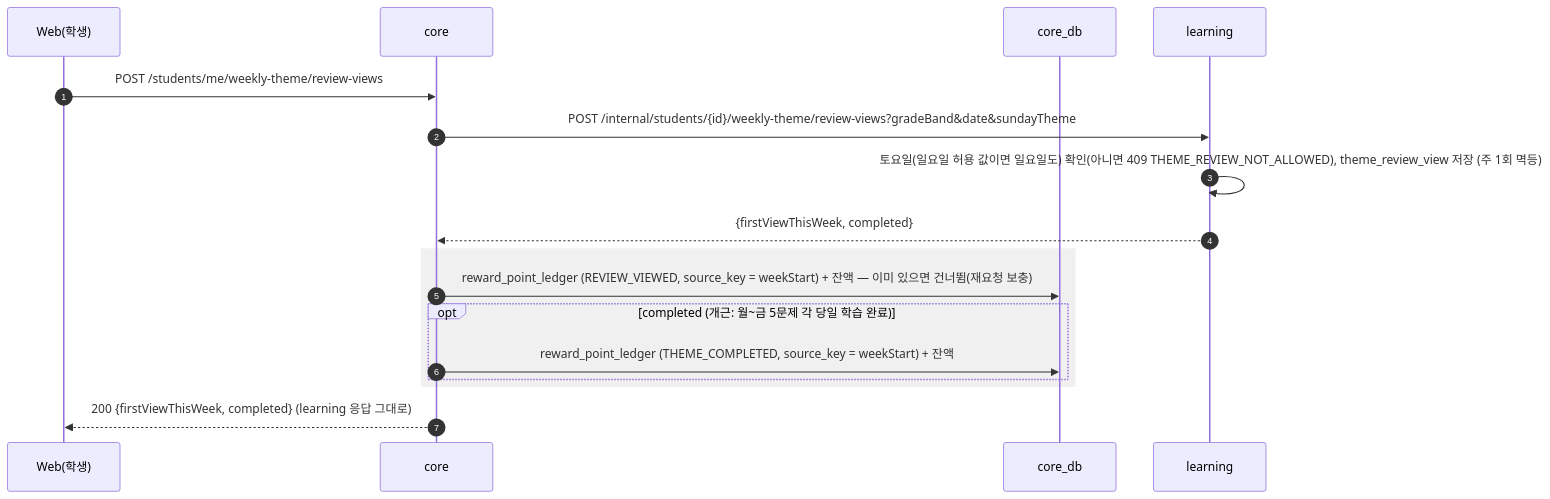
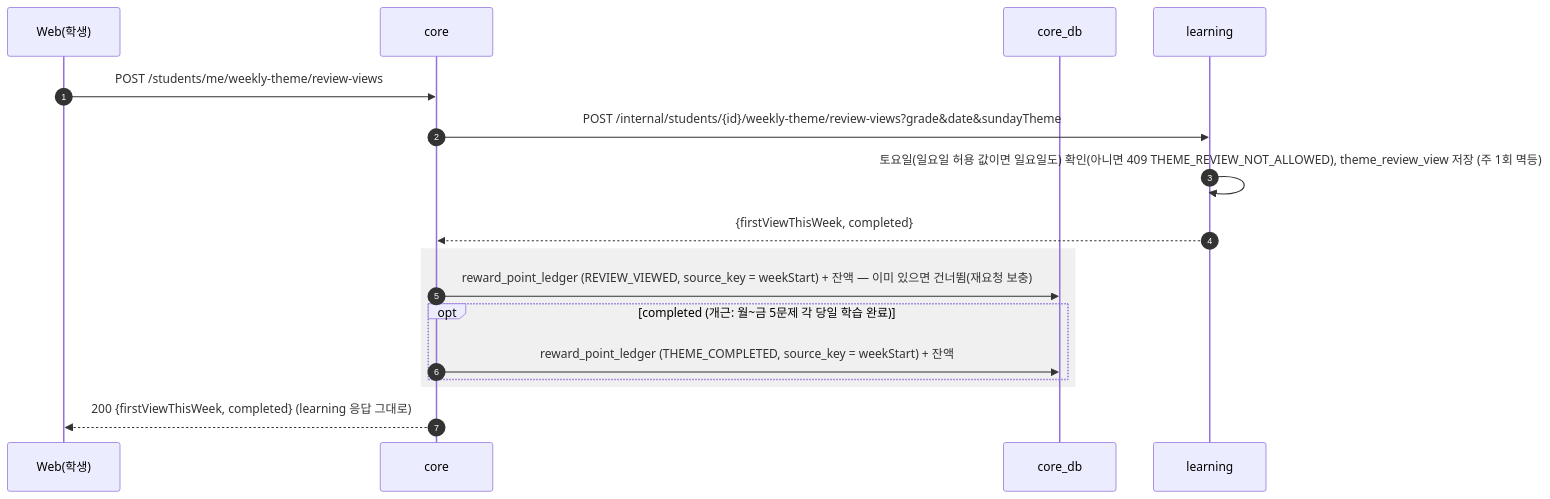
Diagram 19 of 38 in docs/design/sequence-diagram.md (SKNETWORKS-FAMILY-AICAMP/SKN34-FINAL-3TEAM), drawn with Mermaid before and after one commit. The commit also changed other lines of this file and 5 other files, not shown here.

````diff
--- a/docs/design/sequence-diagram.md
+++ b/docs/design/sequence-diagram.md
@@ -763,20 +765,20 @@
 ```mermaid
 sequenceDiagram
   autonumber
   participant W as Web(학생)
   participant C as core
   participant CDB as core_db
   participant L as learning
 
   W->>C: POST /students/me/weekly-theme/review-views
-  C->>L: POST /internal/students/{id}/weekly-theme/review-views?gradeBand&date&sundayTheme
+  C->>L: POST /internal/students/{id}/weekly-theme/review-views?grade&date&sundayTheme
   L->>L: 토요일(일요일 허용 값이면 일요일도) 확인(아니면 409 THEME_REVIEW_NOT_ALLOWED), theme_review_view 저장 (주 1회 멱등)
   L-->>C: {firstViewThisWeek, completed}
   rect rgba(128,128,128,0.12)
     C->>CDB: reward_point_ledger (REVIEW_VIEWED, source_key = weekStart) + 잔액 — 이미 있으면 건너뜀(재요청 보충)
     opt completed (개근: 월~금 5문제 각 당일 학습 완료)
       C->>CDB: reward_point_ledger (THEME_COMPLETED, source_key = weekStart) + 잔액
     end
   end
   C-->>W: 200 {firstViewThisWeek, completed} (learning 응답 그대로)
 ```
````
